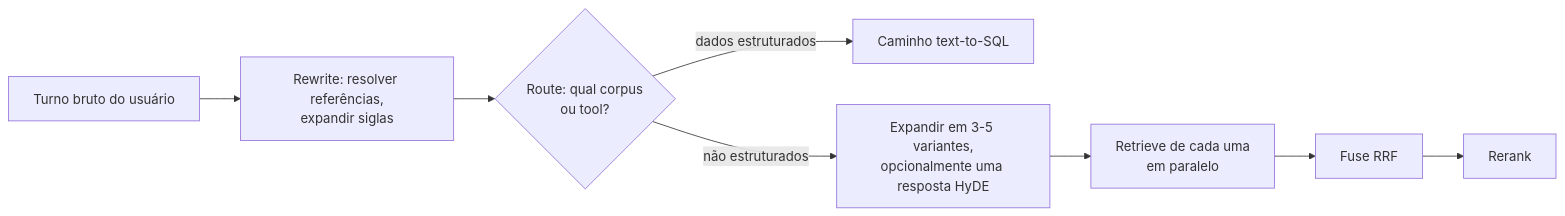
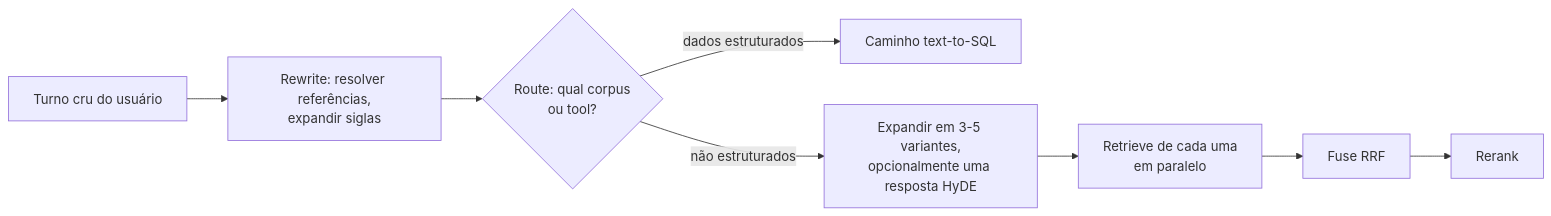
Before and after one commit to andrevberaldo/AI-Engineer-Interview-Questions: diagram 13 of 30 in 04-rag-and-retrieval/questions.pt-BR.md, drawn with Mermaid. The commit also changed other lines of this file and 1 other file, not shown here.

First line of the commit message:
docs(04): rewrite pt-BR translation in a more natural style

````diff
--- a/04-rag-and-retrieval/questions.pt-BR.md
+++ b/04-rag-and-retrieval/questions.pt-BR.md
@@ -649,10 +649,10 @@
 ```mermaid
 flowchart LR
-    U["Turno bruto do usuário"] --> RW["Rewrite: resolver referências,<br/>expandir siglas"]
+    U["Turno cru do usuário"] --> RW["Rewrite: resolver referências,<br/>expandir siglas"]
     RW --> RT{"Route: qual corpus<br/>ou tool?"}
     RT -->|"dados estruturados"| SQL["Caminho text-to-SQL"]
     RT -->|"não estruturados"| EX["Expandir em 3-5 variantes,<br/>opcionalmente uma resposta HyDE"]
     EX --> S["Retrieve de cada uma<br/>em paralelo"]
     S --> F["Fuse RRF"]
     F --> RR["Rerank"]
 ```
````
